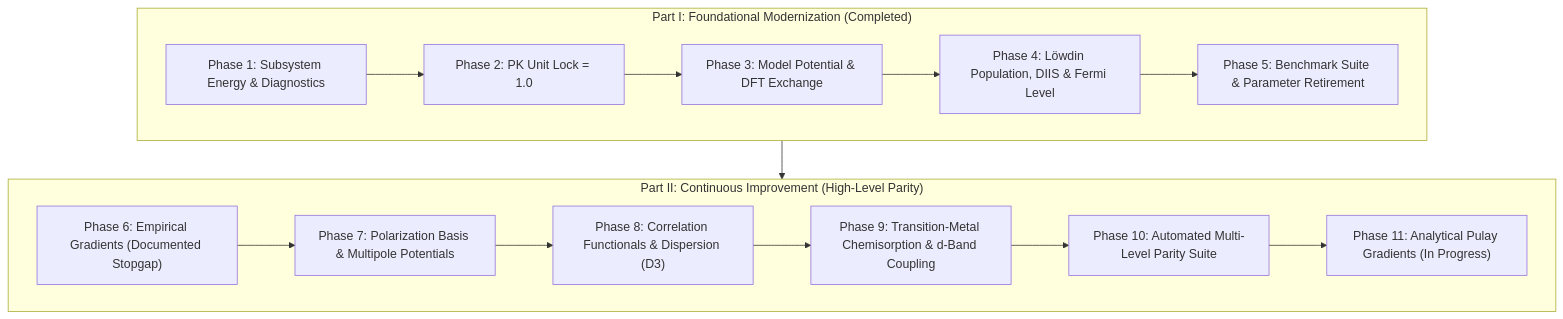
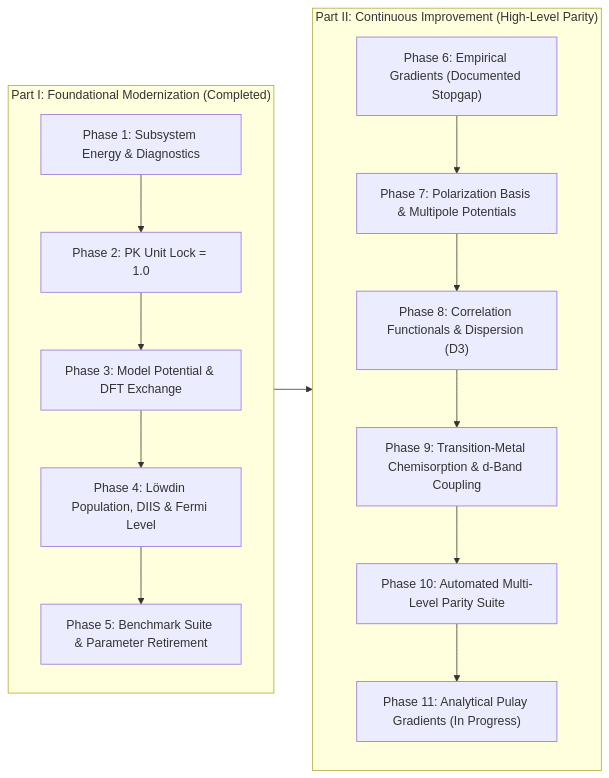
One commit to JackS9/phatpsy2 changed the diagram in ROADMAP.md. Above: the diagram before and after it, drawn with Mermaid. The commit also changed other lines of this file and 6 other files, not shown here.

````diff
--- a/ROADMAP.md
+++ b/ROADMAP.md
@@ -98,23 +98,23 @@
 ```mermaid
-flowchart TD
+flowchart LR
     subgraph Part1["Part I: Foundational Modernization (Completed)"]
         P1["Phase 1: Subsystem Energy & Diagnostics"]
         P2["Phase 2: PK Unit Lock = 1.0"]
         P3["Phase 3: Model Potential & DFT Exchange"]
         P4["Phase 4: Löwdin Population, DIIS & Fermi Level"]
         P5["Phase 5: Benchmark Suite & Parameter Retirement"]
         P1 --> P2 --> P3 --> P4 --> P5
     end
 
     subgraph Part2["Part II: Continuous Improvement (High-Level Parity)"]
         P6["Phase 6: Empirical Gradients (Documented Stopgap)"]
         P7["Phase 7: Polarization Basis & Multipole Potentials"]
         P8["Phase 8: Correlation Functionals & Dispersion (D3)"]
         P9["Phase 9: Transition-Metal Chemisorption & d-Band Coupling"]
         P10["Phase 10: Automated Multi-Level Parity Suite"]
         P11["Phase 11: Analytical Pulay Gradients (In Progress)"]
         P6 --> P7 --> P8 --> P9 --> P10 --> P11
     end
 
     Part1 --> Part2
 ```
````
